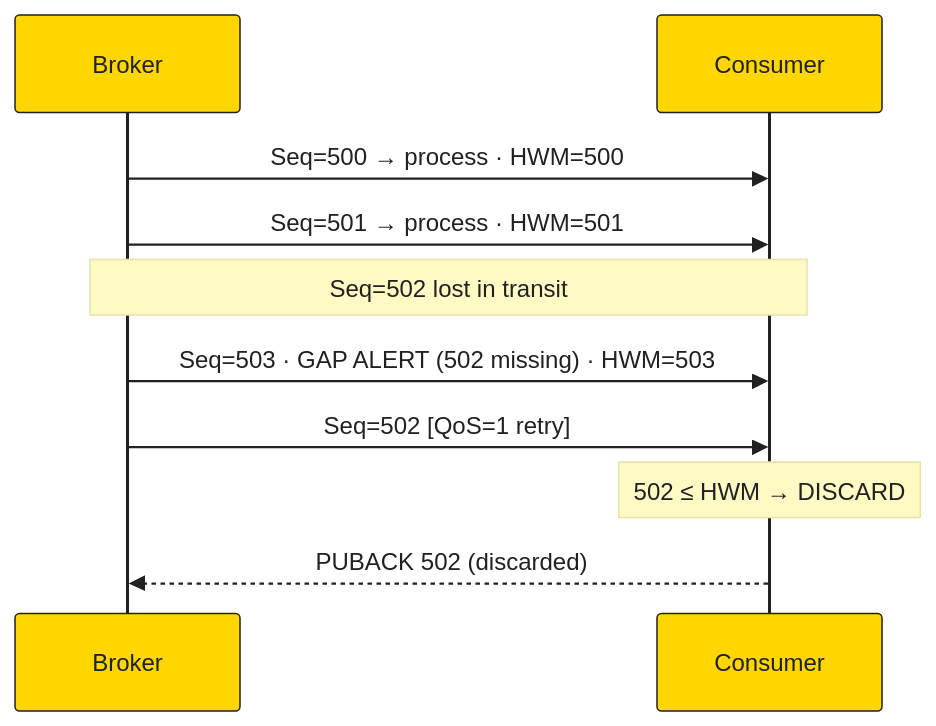
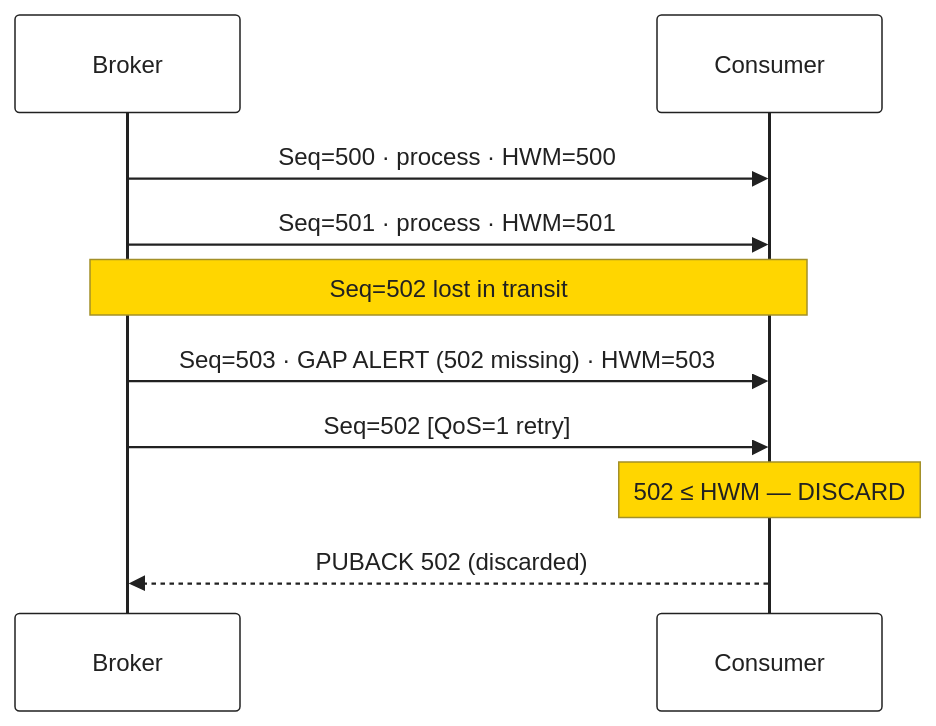
The seventh of 8 diagrams in docs/diagrams/packet-flows.md (bsommers/mqtt-6.0-proposal), drawn with Mermaid before and after one commit. The commit also changed other lines of this file and 2 other files, not shown here.

First line of the commit message:
Clean up diagram colors and fix \n rendering in Mermaid

````diff
--- a/docs/diagrams/packet-flows.md
+++ b/docs/diagrams/packet-flows.md
@@ -138,14 +138,14 @@
 ```mermaid
-%%{init:{'theme':'base','themeVariables':{'primaryColor':'#FFD600','primaryTextColor':'#212121','primaryBorderColor':'#212121','lineColor':'#212121','actorBkg':'#FFD600','actorBorder':'#212121','actorTextColor':'#212121','noteBkgColor':'#FFF9C4','noteTextColor':'#212121','activationBkgColor':'#FFF9C4','signalColor':'#212121','signalTextColor':'#212121'}}}%%
+%%{init:{'theme':'base','themeVariables':{'primaryColor':'#FFFFFF','primaryTextColor':'#212121','primaryBorderColor':'#212121','lineColor':'#212121','actorBkg':'#FFFFFF','actorBorder':'#212121','actorTextColor':'#212121','noteBkgColor':'#FFD600','noteTextColor':'#212121','activationBkgColor':'#F5F5F5','signalColor':'#212121','signalTextColor':'#212121'}}}%%
 sequenceDiagram
     participant B as Broker
     participant C as Consumer
 
-    B->>C: Seq=500 → process · HWM=500
-    B->>C: Seq=501 → process · HWM=501
+    B->>C: Seq=500 · process · HWM=500
+    B->>C: Seq=501 · process · HWM=501
     Note over B,C: Seq=502 lost in transit
     B->>C: Seq=503 · GAP ALERT (502 missing) · HWM=503
     B->>C: Seq=502 [QoS=1 retry]
-    Note over C: 502 ≤ HWM → DISCARD
+    Note over C: 502 ≤ HWM — DISCARD
     C-->>B: PUBACK 502 (discarded)
 ```
````
